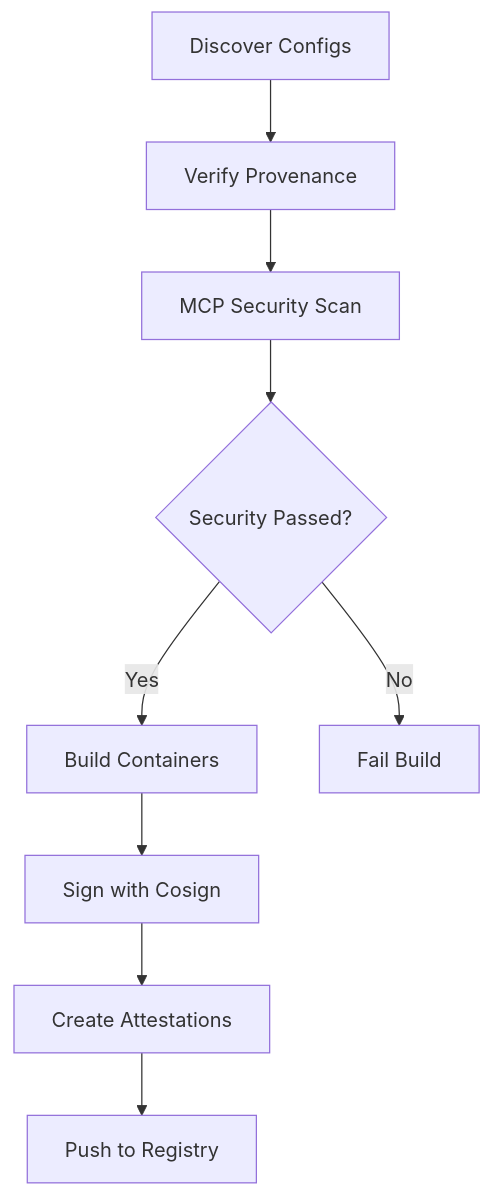
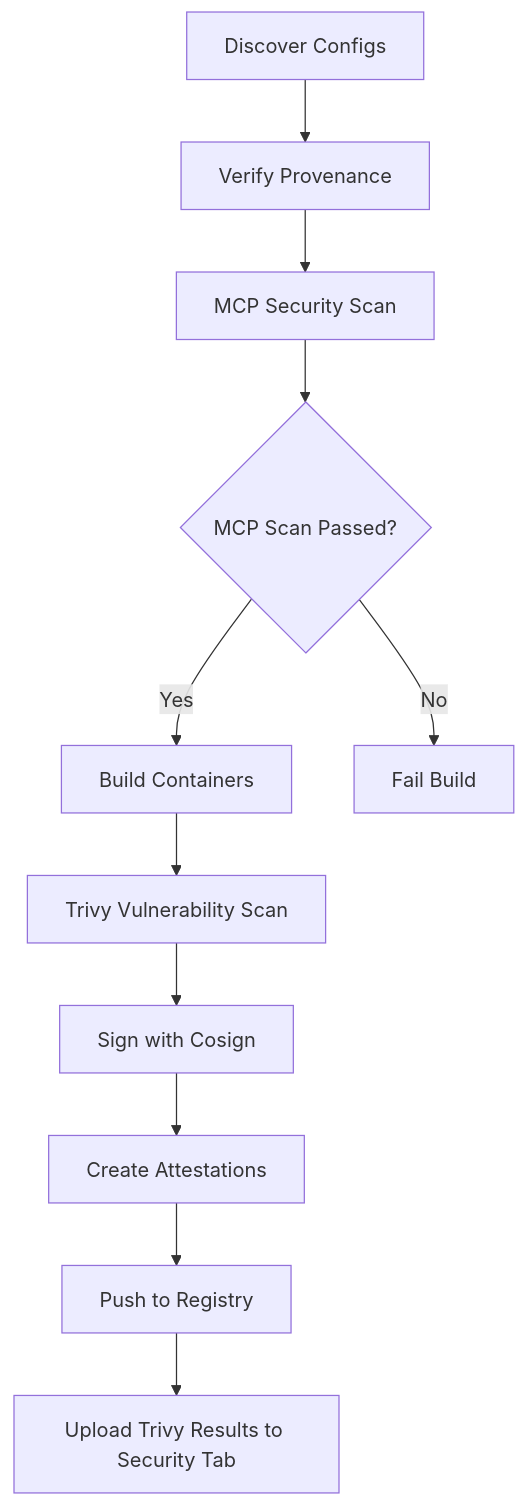
One commit to stacklok/dockyard changed the diagram in README.md. Above: the diagram before and after it, drawn with Mermaid. The commit also changed other lines of this file and 2 other files, not shown here.

First line of the commit message:
Add Trivy container security scanning (#205)

````diff
--- a/README.md
+++ b/README.md
@@ -338,11 +367,13 @@
 ```mermaid
 graph TD
     A[Discover Configs] --> B[Verify Provenance]
     B --> C[MCP Security Scan]
-    C --> D{Security Passed?}
+    C --> D{MCP Scan Passed?}
     D -->|Yes| E[Build Containers]
     D -->|No| F[Fail Build]
-    E --> G[Sign with Cosign]
-    G --> H[Create Attestations]
-    H --> I[Push to Registry]
+    E --> G[Trivy Vulnerability Scan]
+    G --> H[Sign with Cosign]
+    H --> I[Create Attestations]
+    I --> J[Push to Registry]
+    J --> K[Upload Trivy Results to Security Tab]
 ```
````
